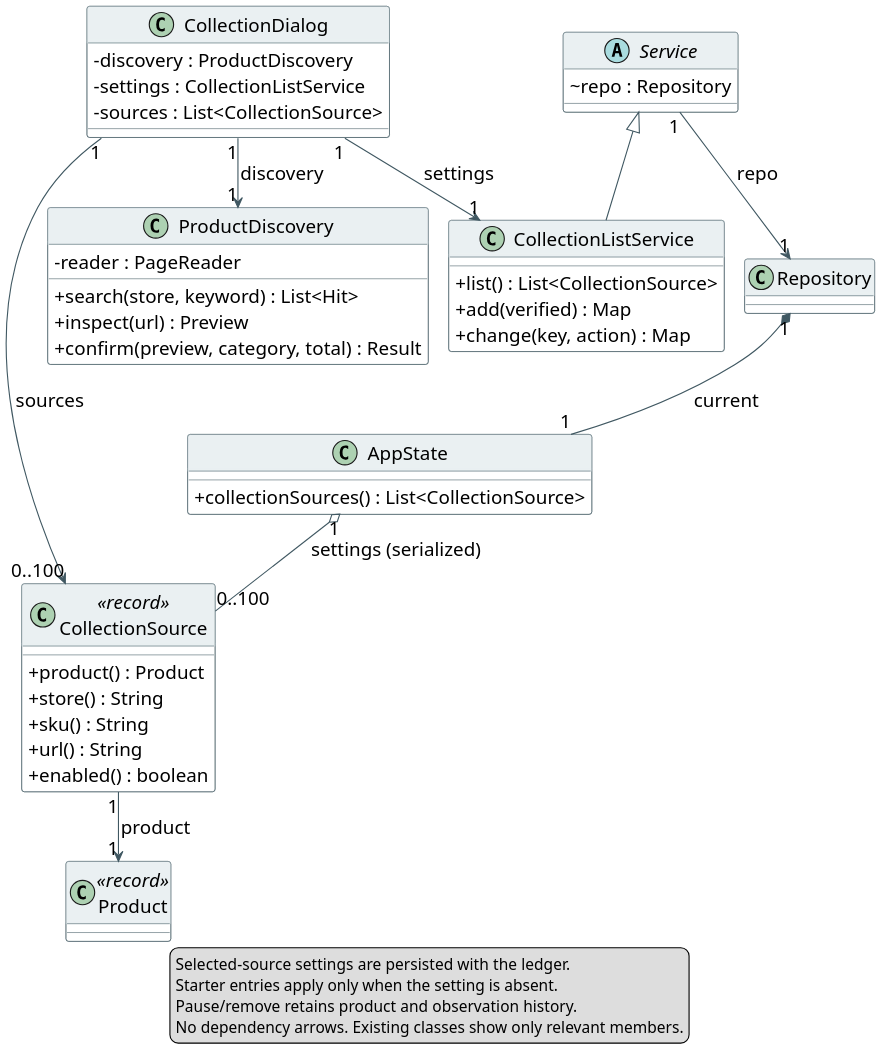
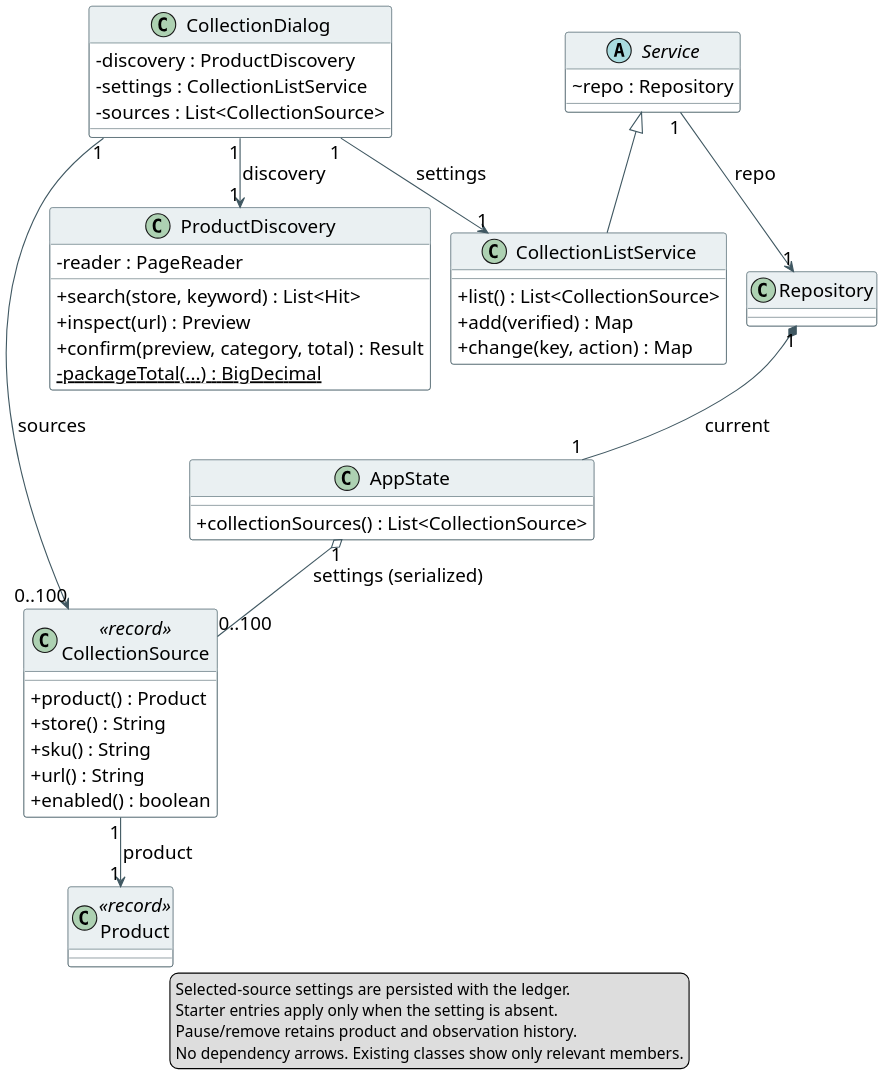
One commit to hyeonsu-test/smart-grocery-ledger changed the diagram in doc/class-collection.puml. Above: the diagram before and after it, drawn with PlantUML. The commit also changed 29 other files, not shown here.

```diff
--- a/doc/class-collection.puml
+++ b/doc/class-collection.puml
@@ -1,59 +1,60 @@
 @startuml
 !pragma layout smetana
 skinparam dpi 180
 skinparam shadowing false
 skinparam classAttributeIconSize 0
 skinparam defaultFontName Arial
 skinparam defaultFontSize 17
 skinparam classBackgroundColor #FFFFFF
 skinparam classBorderColor #405862
 skinparam classHeaderBackgroundColor #EAF0F2
 skinparam ArrowColor #405862
 skinparam nodesep 35
 skinparam ranksep 45
 class CollectionDialog {
   - discovery : ProductDiscovery
   - settings : CollectionListService
   - sources : List<CollectionSource>
 }
 class ProductDiscovery {
   - reader : PageReader
   + search(store, keyword) : List<Hit>
   + inspect(url) : Preview
   + confirm(preview, category, total) : Result
+  - {static} packageTotal(...) : BigDecimal
 }
 class CollectionListService {
   + list() : List<CollectionSource>
   + add(verified) : Map
   + change(key, action) : Map
 }
 abstract class Service {
   ~ repo : Repository
 }
 class Repository
 class AppState {
   + collectionSources() : List<CollectionSource>
 }
 class CollectionSource <<record>> {
   + product() : Product
   + store() : String
   + sku() : String
   + url() : String
   + enabled() : boolean
 }
 class Product <<record>>
 CollectionDialog "1" --> "1" ProductDiscovery : discovery
 CollectionDialog "1" --> "1" CollectionListService : settings
 CollectionDialog "1" --> "0..100" CollectionSource : sources
 Service <|-- CollectionListService
 Service "1" --> "1" Repository : repo
 Repository "1" *-- "1" AppState : current
 AppState "1" o-- "0..100" CollectionSource : settings (serialized)
 CollectionSource "1" --> "1" Product : product
 legend bottom
   Selected-source settings are persisted with the ledger.
   Starter entries apply only when the setting is absent.
   Pause/remove retains product and observation history.
   No dependency arrows. Existing classes show only relevant members.
 endlegend
 @enduml
```
